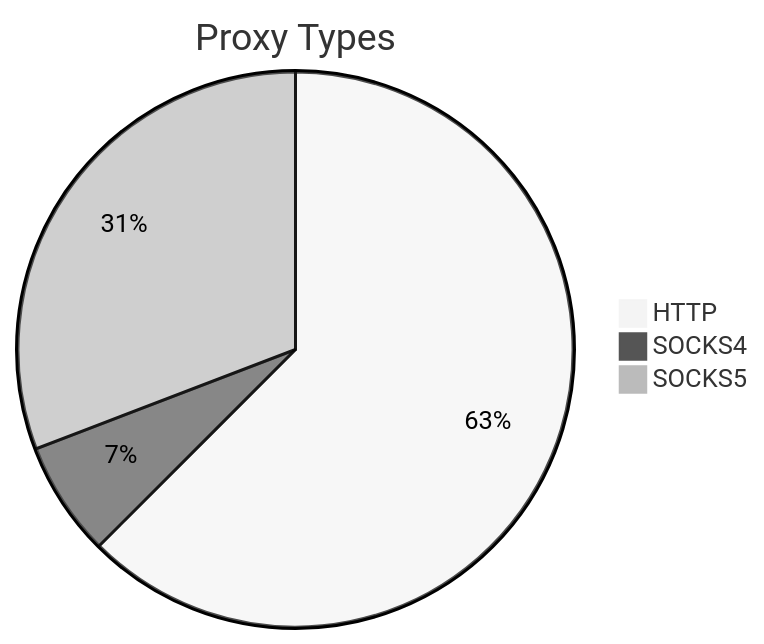
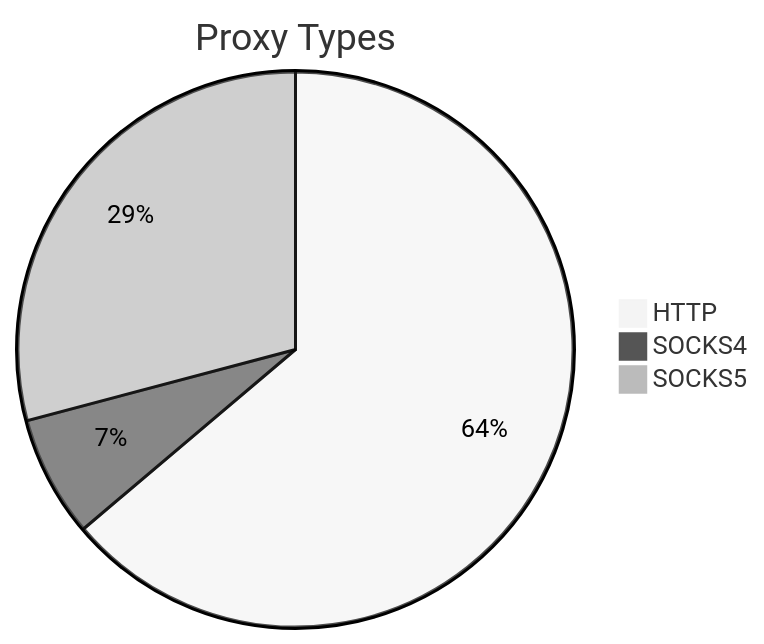
Before and after one commit to stormsia/proxy-list: the first of 2 diagrams in README.md, drawn with Mermaid (neutral theme). The commit also changed other lines of this file, not shown here.

````diff
--- a/README.md
+++ b/README.md
@@ -21,6 +21,6 @@
 ```mermaid
 pie title Proxy Types
-    "HTTP" : 290
-    "SOCKS4" : 31
-    "SOCKS5" : 143
+    "HTTP" : 344
+    "SOCKS4" : 38
+    "SOCKS5" : 157
 ```
````
